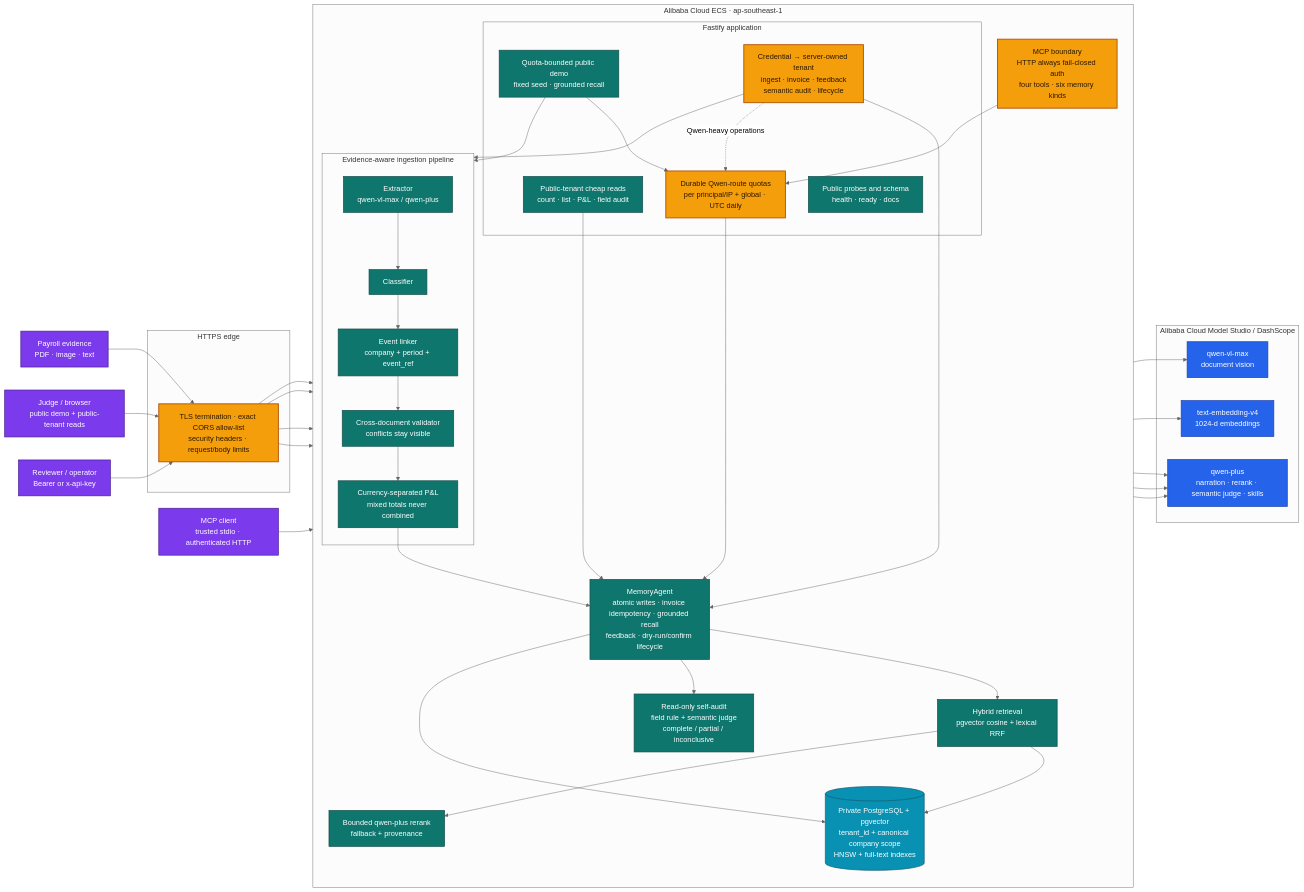
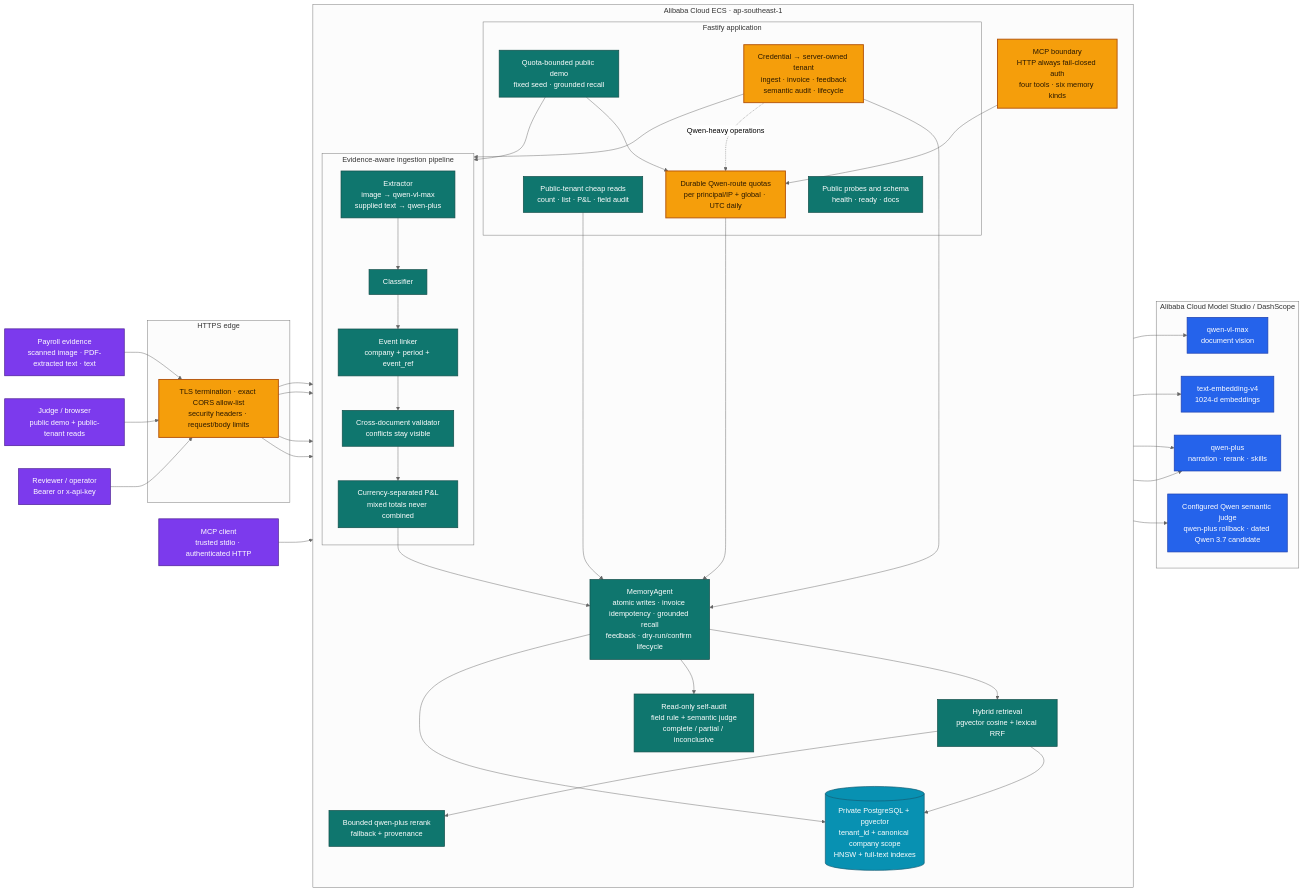
One commit to upgradedev/archon-qwen-memoryagent changed the diagram in docs/architecture.mmd. Above: the diagram before and after it, drawn with Mermaid (neutral theme). The commit also changed 123 other files, not shown here.

```diff
--- a/docs/architecture.mmd
+++ b/docs/architecture.mmd
@@ -1,82 +1,83 @@
 %% Archon MemoryAgent — submission architecture (render with Mermaid CLI)
 flowchart LR
-    DOCS["Payroll evidence<br/>PDF · image · text"]
+    DOCS["Payroll evidence<br/>scanned image · PDF-extracted text · text"]
     BROWSER["Judge / browser<br/>public demo + public-tenant reads"]
     OPERATOR["Reviewer / operator<br/>Bearer or x-api-key"]
     MCP["MCP client<br/>trusted stdio · authenticated HTTP"]
 
     subgraph EDGE["HTTPS edge"]
       TLS["TLS termination · exact CORS allow-list<br/>security headers · request/body limits"]
     end
 
     subgraph ECS["Alibaba Cloud ECS · ap-southeast-1"]
       direction TB
       subgraph API["Fastify application"]
         HEALTH["Public probes and schema<br/>health · ready · docs"]
         PUBLIC_READ["Public-tenant cheap reads<br/>count · list · P&L · field audit"]
         PUBLIC_QWEN["Quota-bounded public demo<br/>fixed seed · grounded recall"]
         PROTECTED["Credential → server-owned tenant<br/>ingest · invoice · feedback<br/>semantic audit · lifecycle"]
         QUOTA["Durable Qwen-route quotas<br/>per principal/IP + global · UTC daily"]
       end
 
       subgraph PIPE["Evidence-aware ingestion pipeline"]
-        EX["Extractor<br/>qwen-vl-max / qwen-plus"]
+        EX["Extractor<br/>image → qwen-vl-max<br/>supplied text → qwen-plus"]
         CL["Classifier"]
         LINK["Event linker<br/>company + period + event_ref"]
         VAL["Cross-document validator<br/>conflicts stay visible"]
         PNL["Currency-separated P&L<br/>mixed totals never combined"]
         EX --> CL --> LINK --> VAL --> PNL
       end
 
       MCP_BOUNDARY["MCP boundary<br/>HTTP always fail-closed auth<br/>four tools · six memory kinds"]
       AGENT["MemoryAgent<br/>atomic writes · invoice idempotency · grounded recall<br/>feedback · dry-run/confirm lifecycle"]
       RETRIEVE["Hybrid retrieval<br/>pgvector cosine + lexical RRF"]
       RERANK["Bounded qwen-plus rerank<br/>fallback + provenance"]
       AUDIT["Read-only self-audit<br/>field rule + semantic judge<br/>complete / partial / inconclusive"]
       STORE[("Private PostgreSQL + pgvector<br/>tenant_id + canonical company scope<br/>HNSW + full-text indexes")]
     end
 
     subgraph QWEN["Alibaba Cloud Model Studio / DashScope"]
       VL["qwen-vl-max<br/>document vision"]
       EMB["text-embedding-v4<br/>1024-d embeddings"]
-      PLUS["qwen-plus<br/>narration · rerank · semantic judge · skills"]
+      PLUS["qwen-plus<br/>narration · rerank · skills"]
+      JUDGE["Configured Qwen semantic judge<br/>qwen-plus rollback · dated Qwen 3.7 candidate"]
     end
 
     DOCS --> TLS
     BROWSER --> TLS
     OPERATOR --> TLS
     TLS --> HEALTH
     TLS --> PUBLIC_READ
     TLS --> PUBLIC_QWEN
     TLS --> PROTECTED
     PUBLIC_READ --> AGENT
     PUBLIC_QWEN --> QUOTA
     PUBLIC_QWEN --> PIPE
     PROTECTED --> AGENT
     PROTECTED --> PIPE
     PROTECTED -. "Qwen-heavy operations" .-> QUOTA
     QUOTA --> AGENT
     MCP --> MCP_BOUNDARY
     MCP_BOUNDARY --> QUOTA
     PNL --> AGENT
     AGENT --> RETRIEVE
     RETRIEVE --> STORE
     RETRIEVE --> RERANK
     RERANK --> PLUS
     AGENT --> AUDIT
-    AUDIT --> PLUS
+    AUDIT --> JUDGE
     AGENT --> STORE
     AGENT --> EMB
     EX --> VL
     EX --> PLUS
 
     classDef input fill:#7c3aed,color:#fff,stroke:#4c1d95,stroke-width:1.5px;
     classDef boundary fill:#f59e0b,color:#291800,stroke:#b45309,stroke-width:2px;
     classDef core fill:#0f766e,color:#fff,stroke:#134e4a,stroke-width:1.5px;
     classDef memory fill:#0891b2,color:#fff,stroke:#155e75,stroke-width:1.5px;
     classDef qwen fill:#2563eb,color:#fff,stroke:#1e40af,stroke-width:1.5px;
     class DOCS,BROWSER,OPERATOR,MCP input;
     class TLS,PROTECTED,QUOTA,MCP_BOUNDARY boundary;
     class HEALTH,PUBLIC_READ,PUBLIC_QWEN,EX,CL,LINK,VAL,PNL,AGENT,RETRIEVE,RERANK,AUDIT core;
     class STORE memory;
-    class VL,EMB,PLUS qwen;
+    class VL,EMB,PLUS,JUDGE qwen;
```
